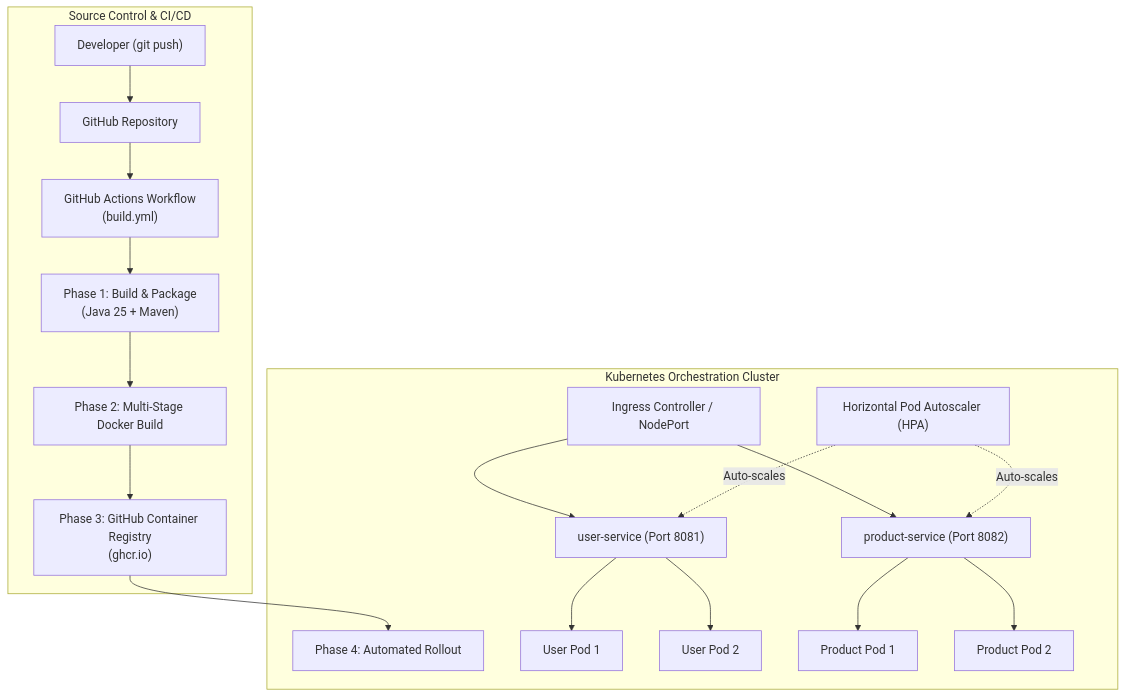
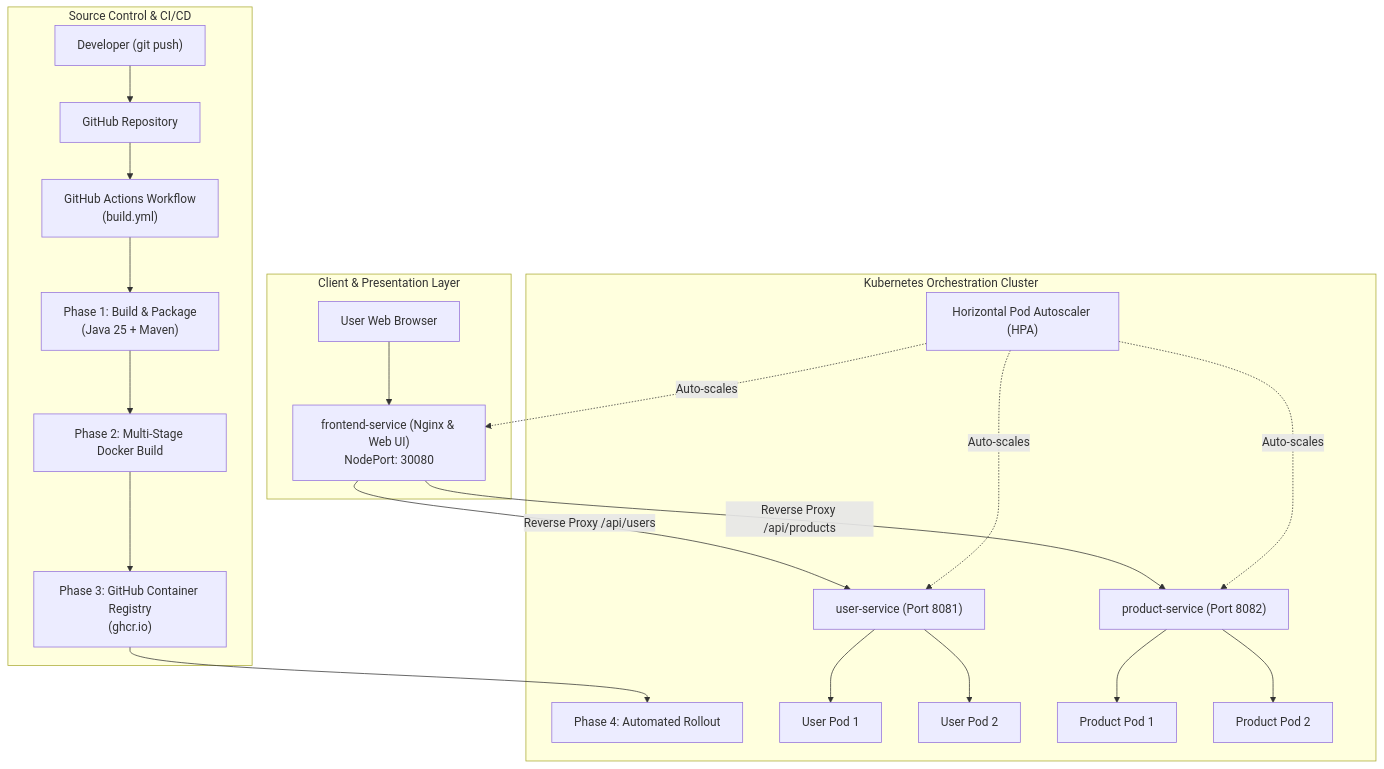
Before and after one commit to g-vishnuvardhan/microservices-project: the diagram in README.md, drawn with Mermaid. The commit also changed other lines of this file and 13 other files, not shown here.

Commit message:
Add interactive Frontend Service showcase dashboard with Docker and Kubernetes integration

````diff
--- a/README.md
+++ b/README.md
@@ -9,22 +9,27 @@
 ```mermaid
 flowchart TD
+    subgraph Client ["Client & Presentation Layer"]
+        Browser["User Web Browser"] --> Frontend["frontend-service (Nginx & Web UI)<br>NodePort: 30080"]
+    end
+
     subgraph VCS ["Source Control & CI/CD"]
         Dev["Developer (git push)"] --> Repo["GitHub Repository"]
         Repo --> GHA["GitHub Actions Workflow<br>(build.yml)"]
         GHA --> Build["Phase 1: Build & Package<br>(Java 25 + Maven)"]
         Build --> DockerBuild["Phase 2: Multi-Stage Docker Build"]
         DockerBuild --> GHCR["Phase 3: GitHub Container Registry<br>(ghcr.io)"]
     end
 
     subgraph K8S ["Kubernetes Orchestration Cluster"]
         GHCR --> Deploy["Phase 4: Automated Rollout"]
-        Ingress["Ingress Controller / NodePort"] --> USvc["user-service (Port 8081)"]
-        Ingress --> PSvc["product-service (Port 8082)"]
+        Frontend -->|Reverse Proxy /api/users| USvc["user-service (Port 8081)"]
+        Frontend -->|Reverse Proxy /api/products| PSvc["product-service (Port 8082)"]
         USvc --> PodU1["User Pod 1"]
         USvc --> PodU2["User Pod 2"]
         PSvc --> PodP1["Product Pod 1"]
         PSvc --> PodP2["Product Pod 2"]
         HPA["Horizontal Pod Autoscaler (HPA)"] -.->|Auto-scales| USvc
         HPA -.->|Auto-scales| PSvc
+        HPA -.->|Auto-scales| Frontend
     end
 ```
````
